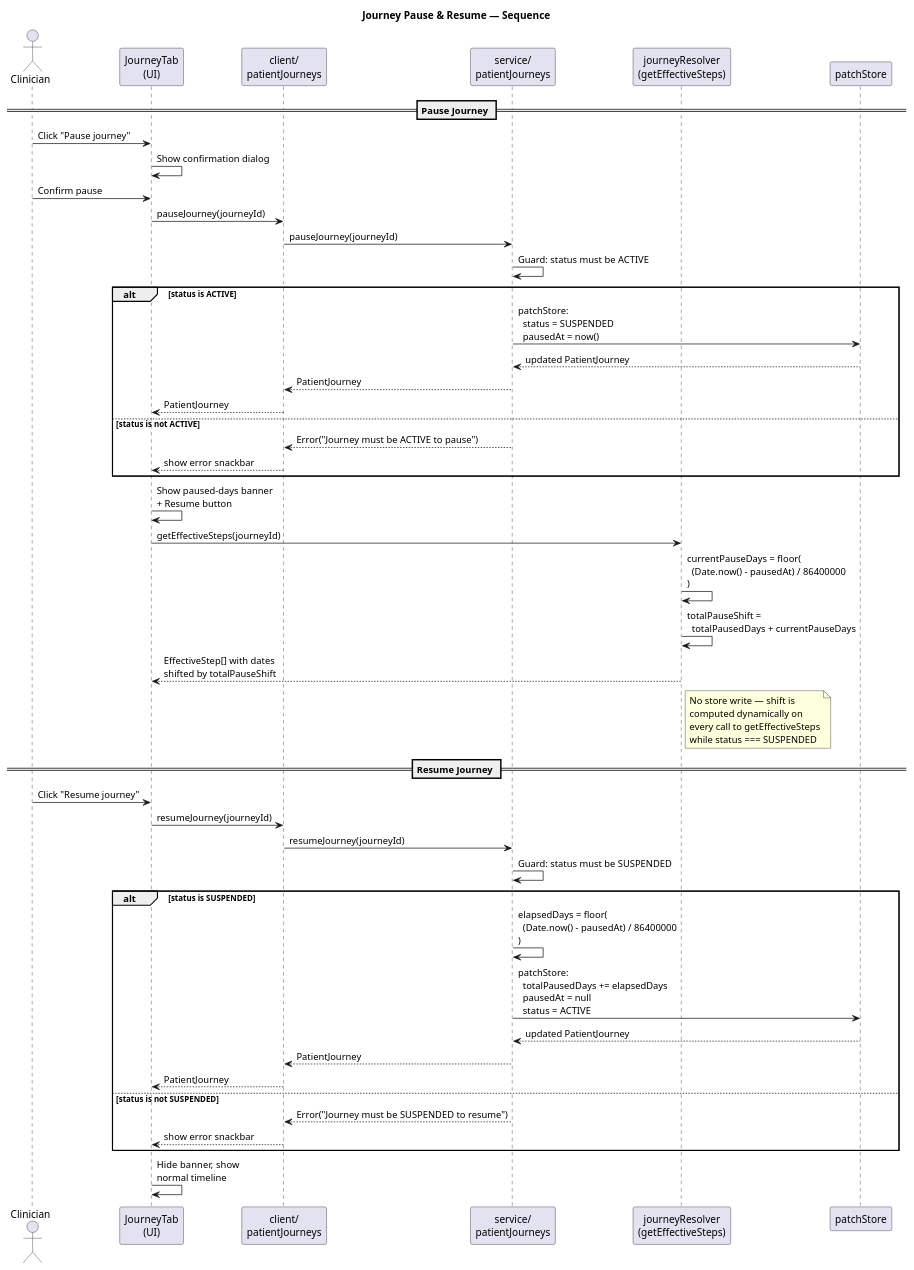
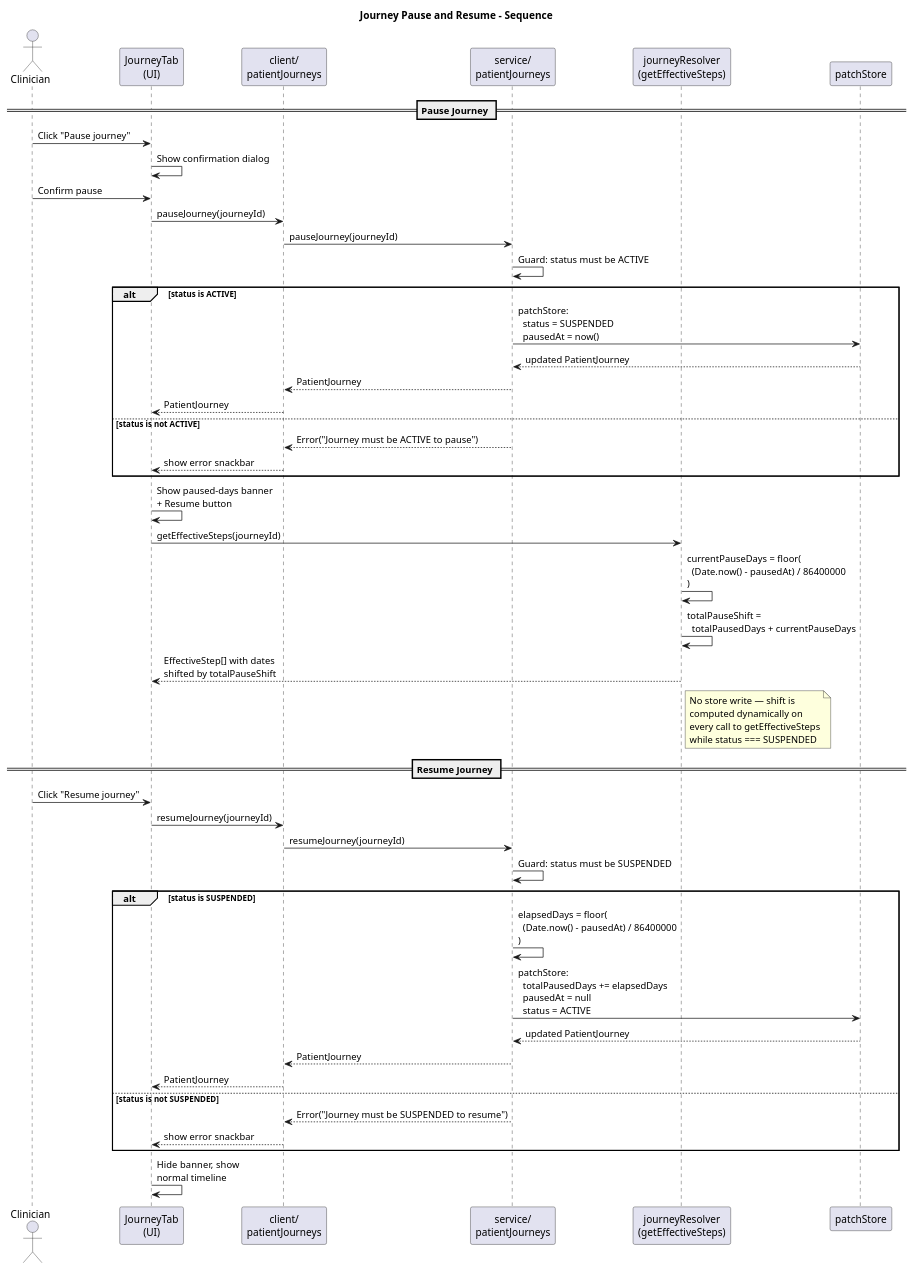
One commit to gforge/DUK changed the diagram in docs/diagrams/pause-resume-sequence.puml. Above: the diagram before and after it, drawn with PlantUML. The commit also changed 63 other files, not shown here.

```diff
--- a/docs/diagrams/pause-resume-sequence.puml
+++ b/docs/diagrams/pause-resume-sequence.puml
@@ -1,59 +1,65 @@
 @startuml
-title Journey Pause & Resume — Sequence
+' Purpose: Journey pause and resume behavior
+' Source of truth:
+'   src/api/service/patientJourneys.ts
+'   src/api/service/journeyDates.ts
+'   src/api/service/journeyResolver.ts
+
+title Journey Pause and Resume - Sequence
 
 actor Clinician
 participant "JourneyTab\n(UI)" as UI
 participant "client/\npatientJourneys" as Client
 participant "service/\npatientJourneys" as Service
 participant "journeyResolver\n(getEffectiveSteps)" as Resolver
 participant "patchStore" as Store
 
 == Pause Journey ==
 
 Clinician -> UI : Click "Pause journey"
 UI -> UI : Show confirmation dialog
 Clinician -> UI : Confirm pause
 UI -> Client : pauseJourney(journeyId)
 Client -> Service : pauseJourney(journeyId)
 Service -> Service : Guard: status must be ACTIVE
 alt status is ACTIVE
   Service -> Store : patchStore:\n  status = SUSPENDED\n  pausedAt = now()
   Store --> Service : updated PatientJourney
   Service --> Client : PatientJourney
   Client --> UI : PatientJourney
 else status is not ACTIVE
   Service --> Client : Error("Journey must be ACTIVE to pause")
   Client --> UI : show error snackbar
 end
 UI -> UI : Show paused-days banner\n+ Resume button
 UI -> Resolver : getEffectiveSteps(journeyId)
 Resolver -> Resolver : currentPauseDays = floor(\n  (Date.now() - pausedAt) / 86400000\n)
 Resolver -> Resolver : totalPauseShift =\n  totalPausedDays + currentPauseDays
 Resolver --> UI : EffectiveStep[] with dates\nshifted by totalPauseShift
 
 note right of Resolver
   No store write — shift is
   computed dynamically on
   every call to getEffectiveSteps
   while status === SUSPENDED
 end note
 
 == Resume Journey ==
 
 Clinician -> UI : Click "Resume journey"
 UI -> Client : resumeJourney(journeyId)
 Client -> Service : resumeJourney(journeyId)
 Service -> Service : Guard: status must be SUSPENDED
 alt status is SUSPENDED
   Service -> Service : elapsedDays = floor(\n  (Date.now() - pausedAt) / 86400000\n)
   Service -> Store : patchStore:\n  totalPausedDays += elapsedDays\n  pausedAt = null\n  status = ACTIVE
   Store --> Service : updated PatientJourney
   Service --> Client : PatientJourney
   Client --> UI : PatientJourney
 else status is not SUSPENDED
   Service --> Client : Error("Journey must be SUSPENDED to resume")
   Client --> UI : show error snackbar
 end
 UI -> UI : Hide banner, show\nnormal timeline
 
 @enduml
```
